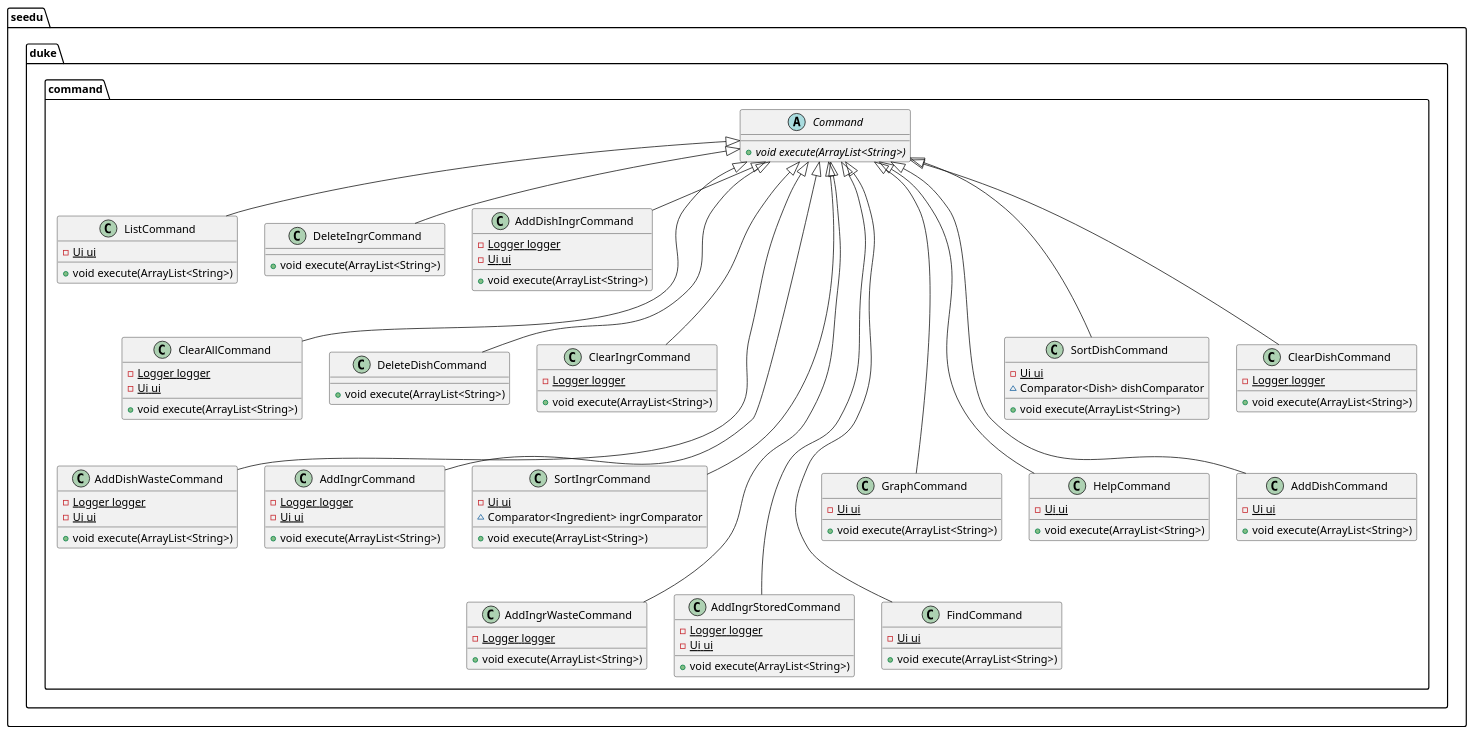
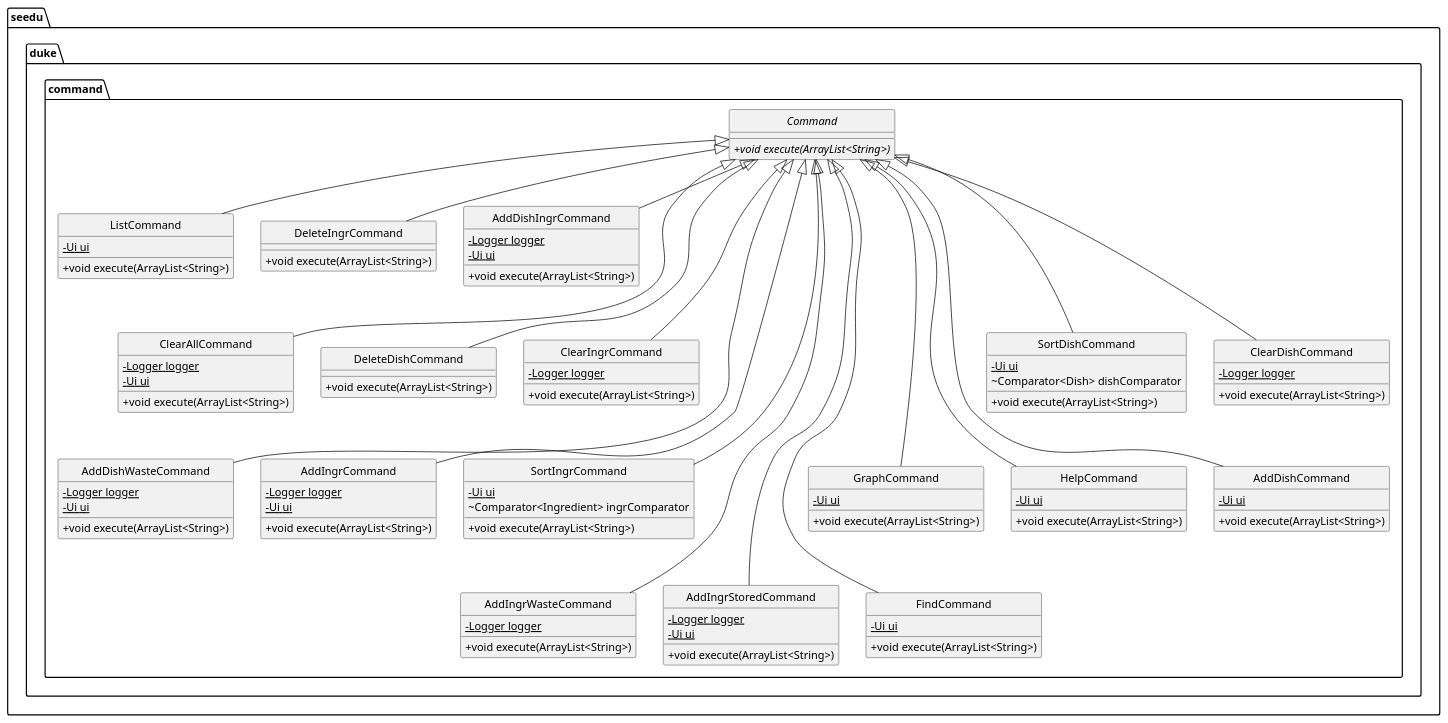
Before and after one commit to nus-cs2113-AY2122S1/tp: the diagram in docs/puml/command_class_abstraction.puml, drawn with PlantUML. The commit also changed 5 other files, not shown here.

Commit message:
Modify UML class diagram to remove unwanted icons feature

```diff
--- a/docs/puml/command_class_abstraction.puml
+++ b/docs/puml/command_class_abstraction.puml
@@ -1,97 +1,101 @@
 @startuml
+
+hide circle
+skinparam classAttributeIconSize 0
+
 class seedu.duke.command.ListCommand {
 - {static} Ui ui
 + void execute(ArrayList<String>)
 }
 class seedu.duke.command.DeleteIngrCommand {
 + void execute(ArrayList<String>)
 }
 class seedu.duke.command.AddDishIngrCommand {
 - {static} Logger logger
 - {static} Ui ui
 + void execute(ArrayList<String>)
 }
 abstract class seedu.duke.command.Command {
 + {abstract}void execute(ArrayList<String>)
 }
 class seedu.duke.command.ClearAllCommand {
 - {static} Logger logger
 - {static} Ui ui
 + void execute(ArrayList<String>)
 }
 class seedu.duke.command.DeleteDishCommand {
 + void execute(ArrayList<String>)
 }
 class seedu.duke.command.ClearIngrCommand {
 - {static} Logger logger
 + void execute(ArrayList<String>)
 }
 class seedu.duke.command.AddDishWasteCommand {
 - {static} Logger logger
 - {static} Ui ui
 + void execute(ArrayList<String>)
 }
 class seedu.duke.command.AddIngrCommand {
 - {static} Logger logger
 - {static} Ui ui
 + void execute(ArrayList<String>)
 }
 class seedu.duke.command.SortIngrCommand {
 - {static} Ui ui
 ~ Comparator<Ingredient> ingrComparator
 + void execute(ArrayList<String>)
 }
 class seedu.duke.command.AddIngrWasteCommand {
 - {static} Logger logger
 + void execute(ArrayList<String>)
 }
 class seedu.duke.command.AddIngrStoredCommand {
 - {static} Logger logger
 - {static} Ui ui
 + void execute(ArrayList<String>)
 }
 class seedu.duke.command.FindCommand {
 - {static} Ui ui
 + void execute(ArrayList<String>)
 }
 class seedu.duke.command.GraphCommand {
 - {static} Ui ui
 + void execute(ArrayList<String>)
 }
 class seedu.duke.command.HelpCommand {
 - {static} Ui ui
 + void execute(ArrayList<String>)
 }
 class seedu.duke.command.AddDishCommand {
 - {static} Ui ui
 + void execute(ArrayList<String>)
 }
 class seedu.duke.command.SortDishCommand {
 - {static} Ui ui
 ~ Comparator<Dish> dishComparator
 + void execute(ArrayList<String>)
 }
 class seedu.duke.command.ClearDishCommand {
 - {static} Logger logger
 + void execute(ArrayList<String>)
 }
 
 
 seedu.duke.command.Command <|-- seedu.duke.command.ListCommand
 seedu.duke.command.Command <|-- seedu.duke.command.DeleteIngrCommand
 seedu.duke.command.Command <|-- seedu.duke.command.AddDishIngrCommand
 seedu.duke.command.Command <|--- seedu.duke.command.ClearAllCommand
 seedu.duke.command.Command <|--- seedu.duke.command.DeleteDishCommand
 seedu.duke.command.Command <|--- seedu.duke.command.ClearIngrCommand
 seedu.duke.command.Command <|---- seedu.duke.command.AddDishWasteCommand
 seedu.duke.command.Command <|---- seedu.duke.command.AddIngrCommand
 seedu.duke.command.Command <|---- seedu.duke.command.SortIngrCommand
 seedu.duke.command.Command <|----- seedu.duke.command.AddIngrWasteCommand
 seedu.duke.command.Command <|----- seedu.duke.command.AddIngrStoredCommand
 seedu.duke.command.Command <|----- seedu.duke.command.FindCommand
 seedu.duke.command.Command <|---- seedu.duke.command.GraphCommand
 seedu.duke.command.Command <|---- seedu.duke.command.HelpCommand
 seedu.duke.command.Command <|---- seedu.duke.command.AddDishCommand
 seedu.duke.command.Command <|--- seedu.duke.command.SortDishCommand
 seedu.duke.command.Command <|--- seedu.duke.command.ClearDishCommand
 @enduml
```
